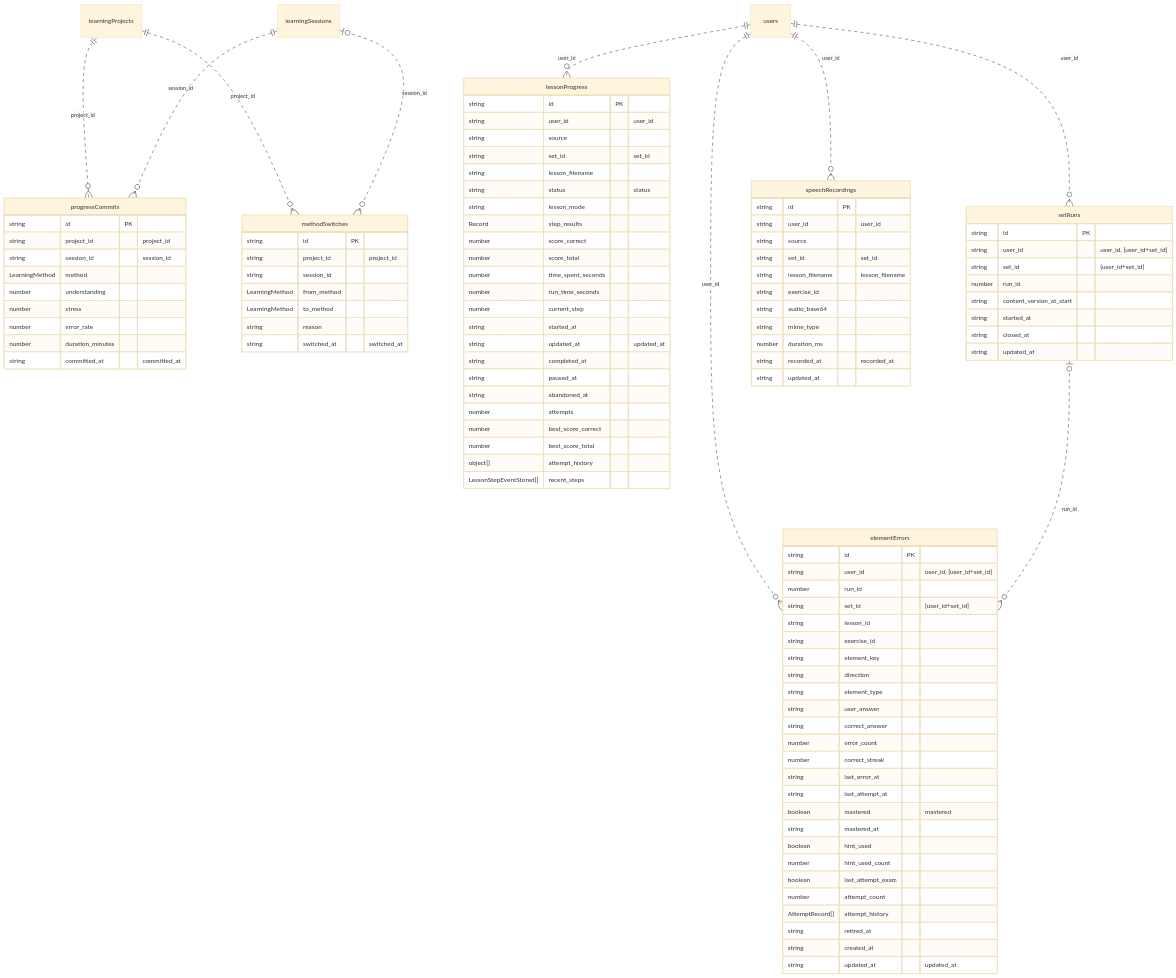
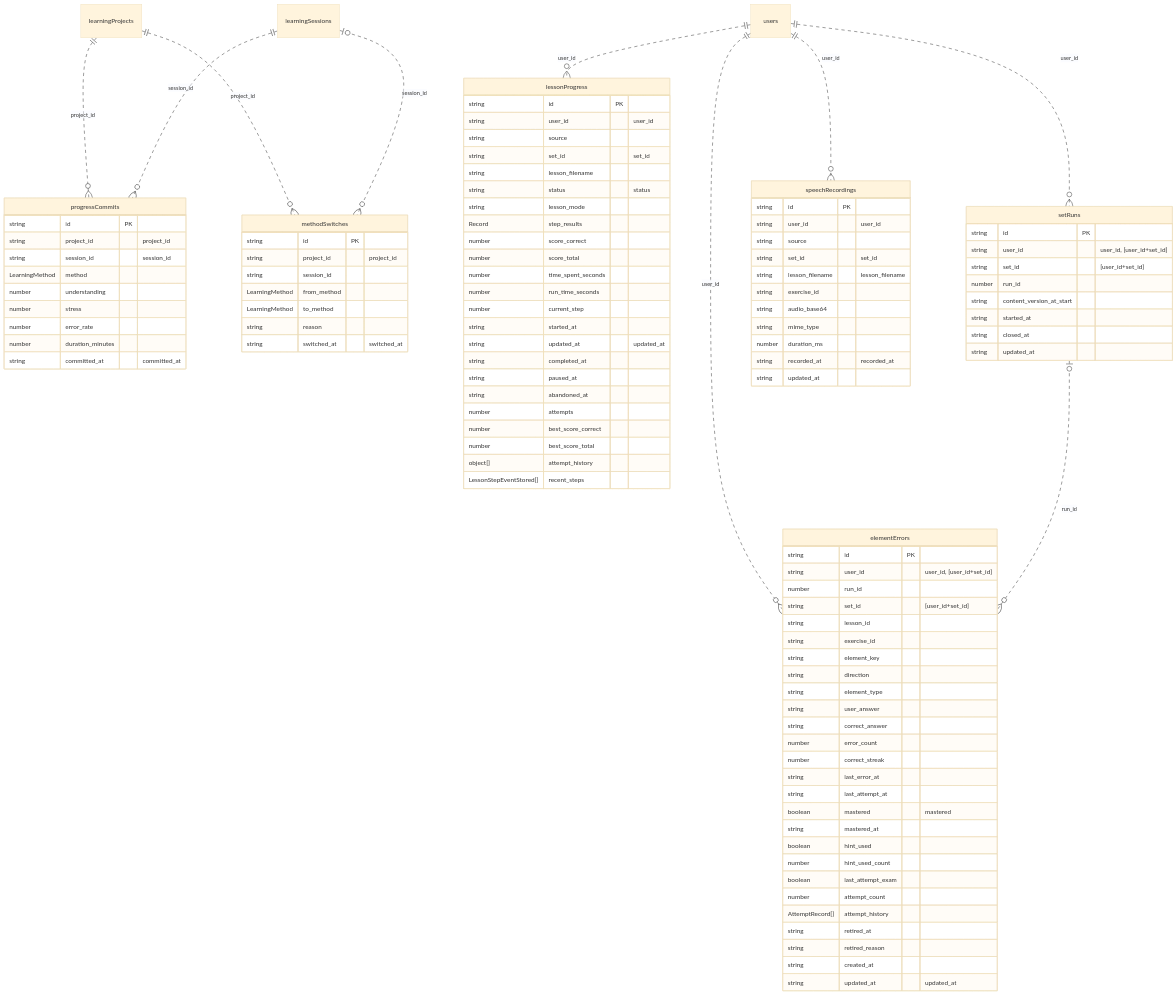
The eighth of 16 diagrams in docs/help/en/developer/data-model.md (astrapi69/adaptive-learner), drawn with Mermaid (base theme) before and after one commit. The commit also changed other lines of this file and 41 other files, not shown here.

```diff
--- a/docs/help/en/developer/data-model.md
+++ b/docs/help/en/developer/data-model.md
@@ -704,6 +705,7 @@
         number attempt_count
         AttemptRecord[] attempt_history
         string retired_at
+        string retired_reason
         string created_at
         string updated_at "updated_at"
     }
```
